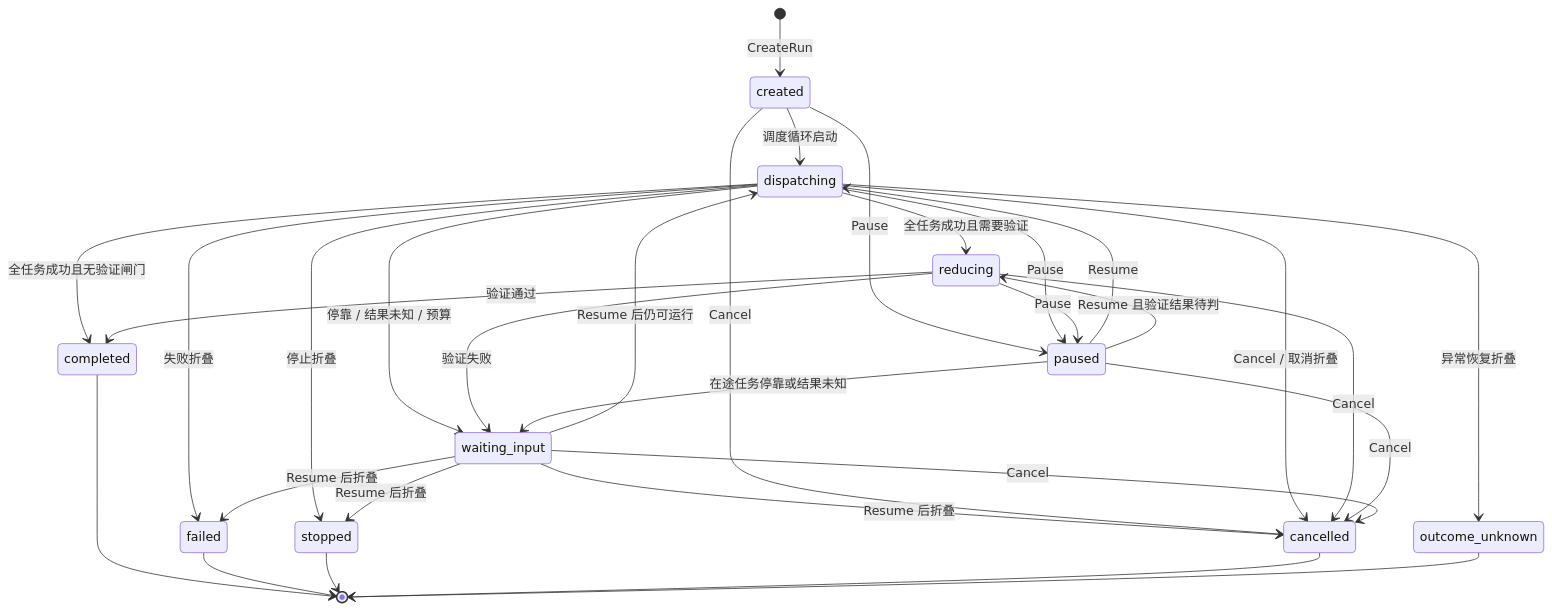
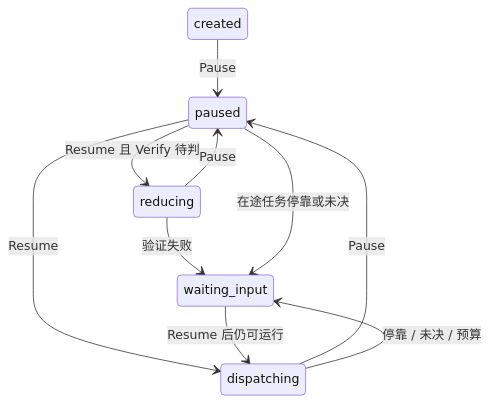
One commit to BenedictKing/mobile-bridge changed the sixth of 22 diagrams in docs/team-runtime-diagrams.md. Above: the diagram before and after it, drawn with Mermaid. The commit also changed other lines of this file and 10 other files, not shown here.

````diff
--- a/docs/team-runtime-diagrams.md
+++ b/docs/team-runtime-diagrams.md
@@ -135,33 +147,12 @@
 ```mermaid
 stateDiagram-v2
-    [*] --> created: CreateRun
-    created --> dispatching: 调度循环启动
     created --> paused: Pause
-    dispatching --> reducing: 全任务成功且需要验证
-    dispatching --> completed: 全任务成功且无验证闸门
-    dispatching --> failed: 失败折叠
-    dispatching --> stopped: 停止折叠
-    dispatching --> outcome_unknown: 异常恢复折叠
-    dispatching --> waiting_input: 停靠 / 结果未知 / 预算
     dispatching --> paused: Pause
-    reducing --> completed: 验证通过
+    reducing --> paused: Pause
+    dispatching --> waiting_input: 停靠 / 未决 / 预算
     reducing --> waiting_input: 验证失败
-    reducing --> paused: Pause
+    paused --> waiting_input: 在途任务停靠或未决
     paused --> dispatching: Resume
-    paused --> reducing: Resume 且验证结果待判
-    paused --> waiting_input: 在途任务停靠或结果未知
+    paused --> reducing: Resume 且 Verify 待判
     waiting_input --> dispatching: Resume 后仍可运行
-    waiting_input --> failed: Resume 后折叠
-    waiting_input --> stopped: Resume 后折叠
-    waiting_input --> cancelled: Resume 后折叠
-    created --> cancelled: Cancel
-    dispatching --> cancelled: Cancel / 取消折叠
-    reducing --> cancelled: Cancel
-    paused --> cancelled: Cancel
-    waiting_input --> cancelled: Cancel
-    completed --> [*]
-    failed --> [*]
-    stopped --> [*]
-    cancelled --> [*]
-    outcome_unknown --> [*]
 ```
````
